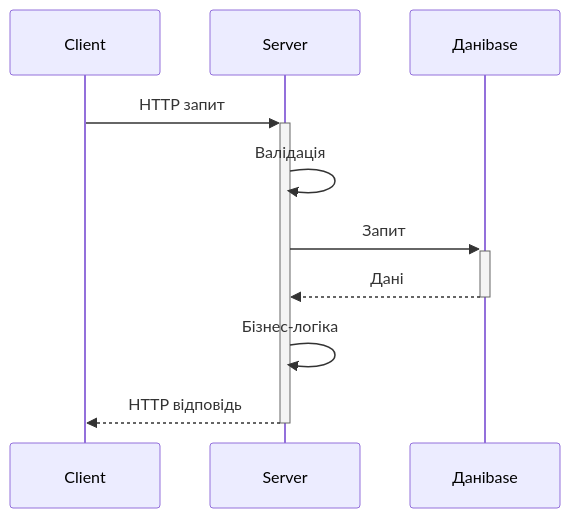
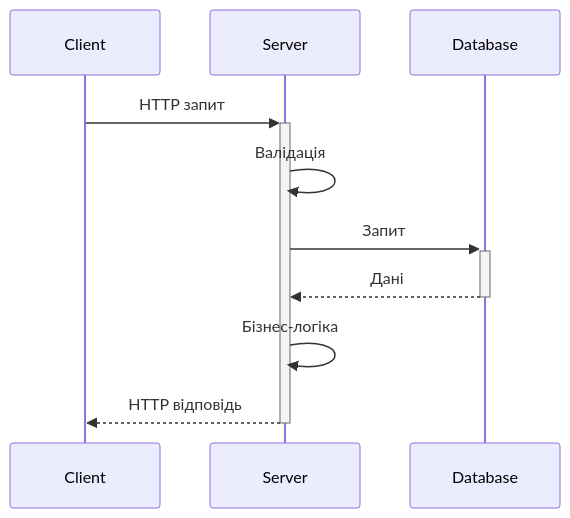
The second of 5 diagrams in presentation-01.md (olroi421/course-tprmr), drawn with Mermaid before and after one commit. The commit also changed other lines of this file and 2 other files, not shown here.

````diff
--- a/presentation-01.md
+++ b/presentation-01.md
@@ -54,13 +54,13 @@
 ```mermaid
 sequenceDiagram
     participant C as Client
     participant S as Server
-    participant DB as Даніbase
-    
+    participant DB as Database
+
     C->>+S: HTTP запит
     S->>S: Валідація
     S->>+DB: Запит
     DB-->>-S: Дані
     S->>S: Бізнес-логіка
     S-->>-C: HTTP відповідь
 ```
````
